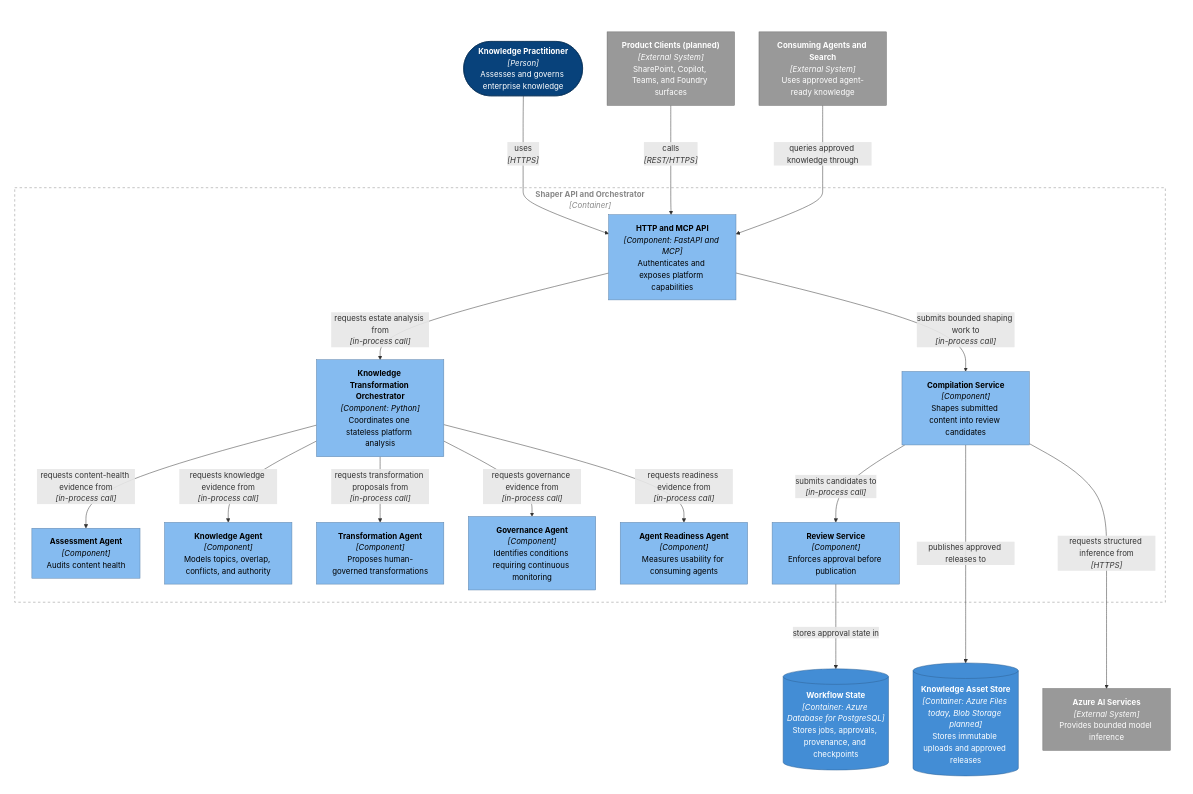
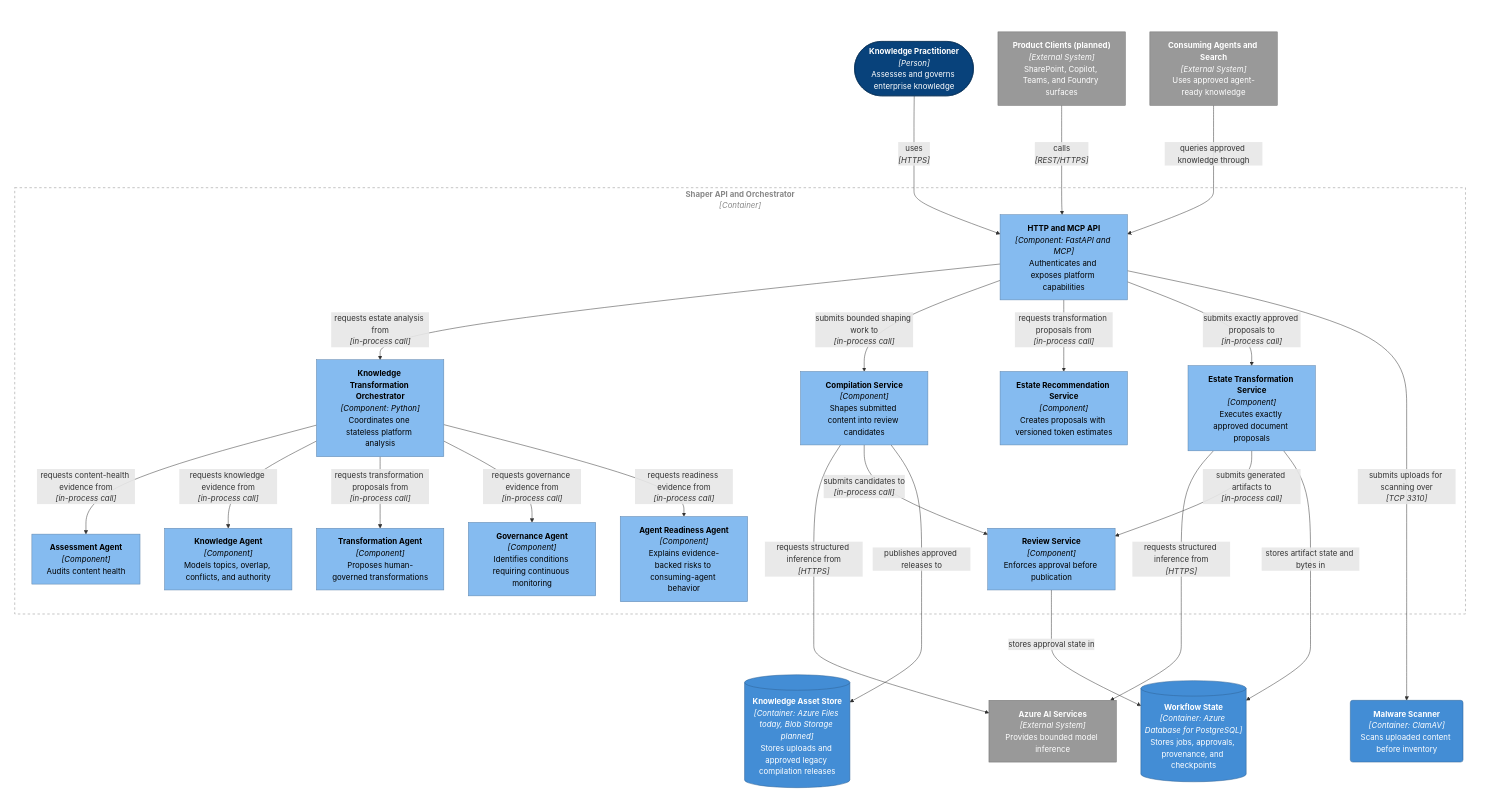
One commit to stjeffer/shaper changed the fifth of 7 diagrams in docs/architecture.md. Above: the diagram before and after it, drawn with Mermaid. The commit also changed other lines of this file and 21 other files, not shown here.

```diff
--- a/docs/architecture.md
+++ b/docs/architecture.md
@@ -204,10 +410,16 @@
 Identifies conditions requiring continuous monitoring`"]
             cmp_agent_readiness_agent["`**Agent Readiness Agent**
 *[Component]*
-Measures usability for consuming agents`"]
+Explains evidence-backed risks to consuming-agent behavior`"]
             cmp_compilation_service["`**Compilation Service**
 *[Component]*
 Shapes submitted content into review candidates`"]
+            cmp_estate_recommendation_service["`**Estate Recommendation Service**
+*[Component]*
+Creates proposals with versioned token estimates`"]
+            cmp_estate_transformation_service["`**Estate Transformation Service**
+*[Component]*
+Executes exactly approved document proposals`"]
             cmp_review_service["`**Review Service**
 *[Component]*
 Enforces approval before publication`"]
@@ -220,7 +432,10 @@
 Stores jobs, approvals, provenance, and checkpoints`")]
         ctr_knowledge_asset_store[("`**Knowledge Asset Store**
 *[Container: Azure Files today, Blob Storage planned]*
-Stores immutable uploads and approved releases`")]
+Stores uploads and approved legacy compilation releases`")]
+        ctr_malware_scanner("`**Malware Scanner**
+*[Container: ClamAV]*
+Scans uploaded content before inventory`")
         ext_azure_ai_services["`**Azure AI Services**
 *[External System]*
 Provides bounded model inference`"]
@@ -245,10 +460,21 @@
 *[in-process call]*`"| cmp_agent_readiness_agent
     cmp_http_mcp_api -->|"`submits bounded shaping work to
 *[in-process call]*`"| cmp_compilation_service
+    cmp_http_mcp_api -->|"`requests transformation proposals from
+*[in-process call]*`"| cmp_estate_recommendation_service
+    cmp_http_mcp_api -->|"`submits exactly approved proposals to
+*[in-process call]*`"| cmp_estate_transformation_service
+    cmp_http_mcp_api -->|"`submits uploads for scanning over
+*[TCP 3310]*`"| ctr_malware_scanner
     cmp_compilation_service -->|"`requests structured inference from
 *[HTTPS]*`"| ext_azure_ai_services
     cmp_compilation_service -->|"`submits candidates to
 *[in-process call]*`"| cmp_review_service
+    cmp_estate_transformation_service -->|"`requests structured inference from
+*[HTTPS]*`"| ext_azure_ai_services
+    cmp_estate_transformation_service -->|"`submits generated artifacts to
+*[in-process call]*`"| cmp_review_service
+    cmp_estate_transformation_service -->|"`stores artifact state and bytes in`"| ctr_workflow_state
     cmp_review_service -->|"`stores approval state in`"| ctr_workflow_state
     cmp_compilation_service -->|"`publishes approved releases to`"| ctr_knowledge_asset_store
 
@@ -258,8 +484,8 @@
     classDef external fill:#999999,stroke:#6b6b6b,color:#ffffff
 
     class person_knowledge_practitioner person
-    class cmp_http_mcp_api,cmp_knowledge_transformation_orchestrator,cmp_assessment_agent,cmp_knowledge_agent,cmp_transformation_agent,cmp_governance_agent,cmp_agent_readiness_agent,cmp_compilation_service,cmp_review_service component
-    class ctr_workflow_state,ctr_knowledge_asset_store container
+    class cmp_http_mcp_api,cmp_knowledge_transformation_orchestrator,cmp_assessment_agent,cmp_knowledge_agent,cmp_transformation_agent,cmp_governance_agent,cmp_agent_readiness_agent,cmp_compilation_service,cmp_estate_recommendation_service,cmp_estate_transformation_service,cmp_review_service component
+    class ctr_workflow_state,ctr_knowledge_asset_store,ctr_malware_scanner container
     class ext_product_clients,ext_consuming_agents,ext_azure_ai_services external
 
     style layout_top fill:none,stroke:none
```
